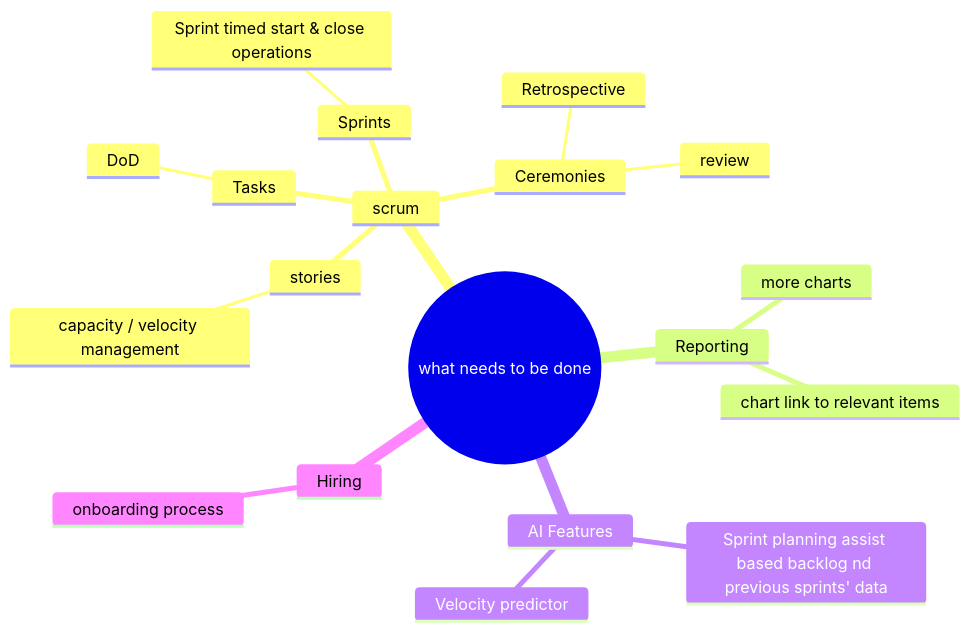
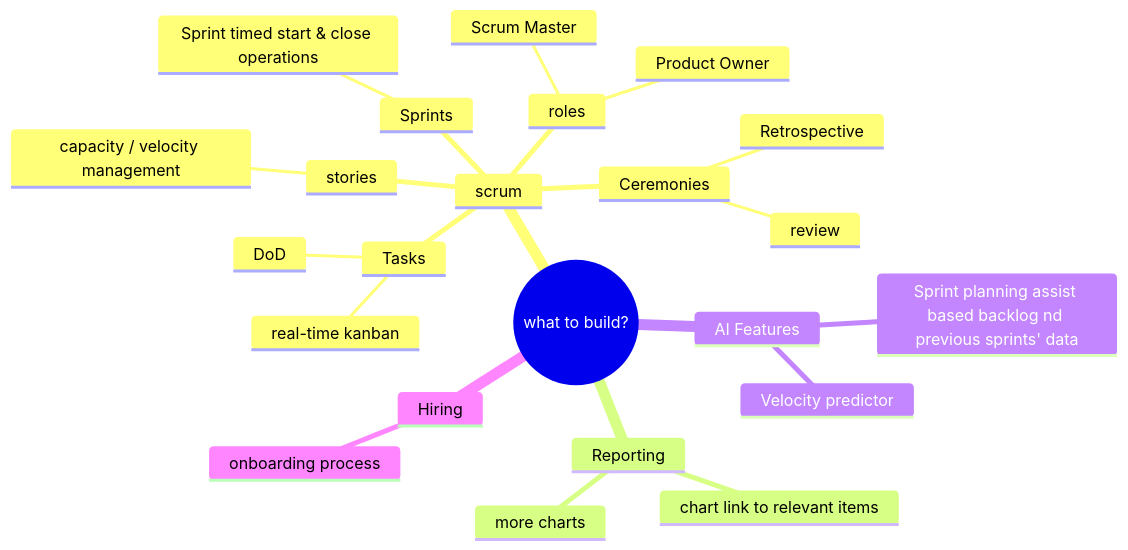
Before and after one commit to moad-cher/PFE: the diagram in README.md, drawn with Mermaid. The commit also changed 22 other files, not shown here.

Commit message:
scrum roles

````diff
--- a/README.md
+++ b/README.md
@@ -97,38 +97,43 @@
 ```mermaid
 mindmap
-  root((what needs to be done))
+  root((what to build?))
     scrum
       stories
         %% ordered Backlog
         capacity / velocity management
       Sprints
         %% Sprint state machine
         %% Incomplete stories
         Sprint timed start & close operations
       Tasks
+        real-time kanban
         DoD
         %% retrieve points when removed from done
         %% team capacity management
         %% State machine
         %% Assignee
       Ceremonies
         review
         Retrospective
+      roles
+        Product Owner
+        Scrum Master
+
     Reporting
       more charts
       chart link to relevant items
       %% team workload
       %% Burndown chart
       %% Velocity history
     AI Features
       Sprint planning assist based backlog nd previous sprints' data
       Velocity predictor
       %% Assignee suggester
     Hiring
       onboarding process
     %% notifications
     %%   little svg symbol
     %%   colored by type (info, warning, error)
     %%   linkes to the relevant item (task, sprint, etc)
 
 ```
````
